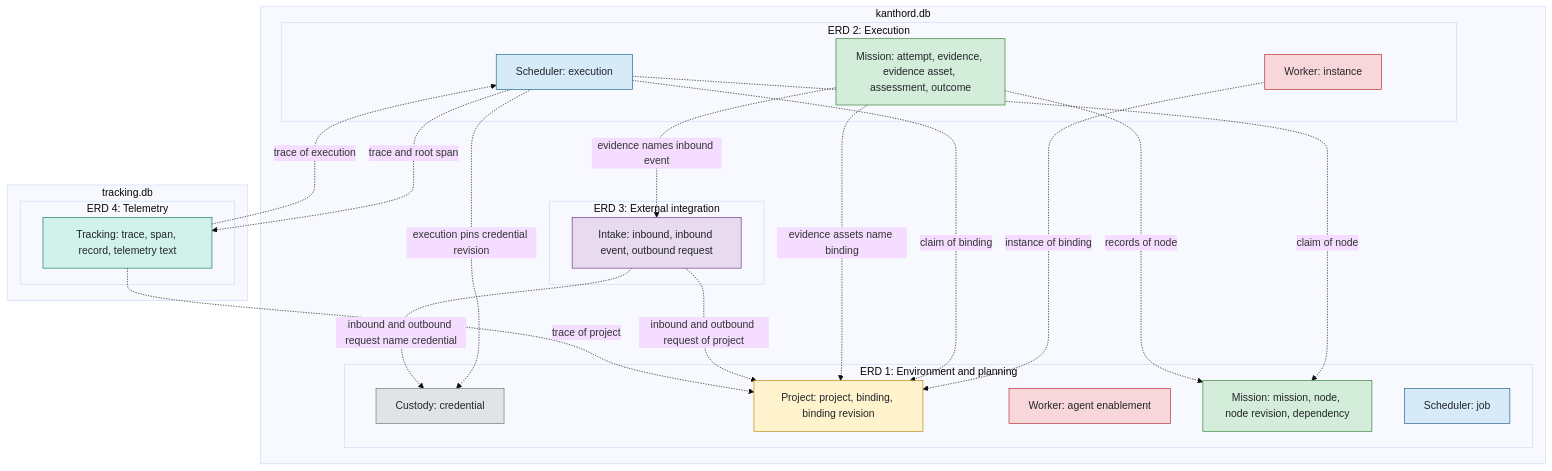
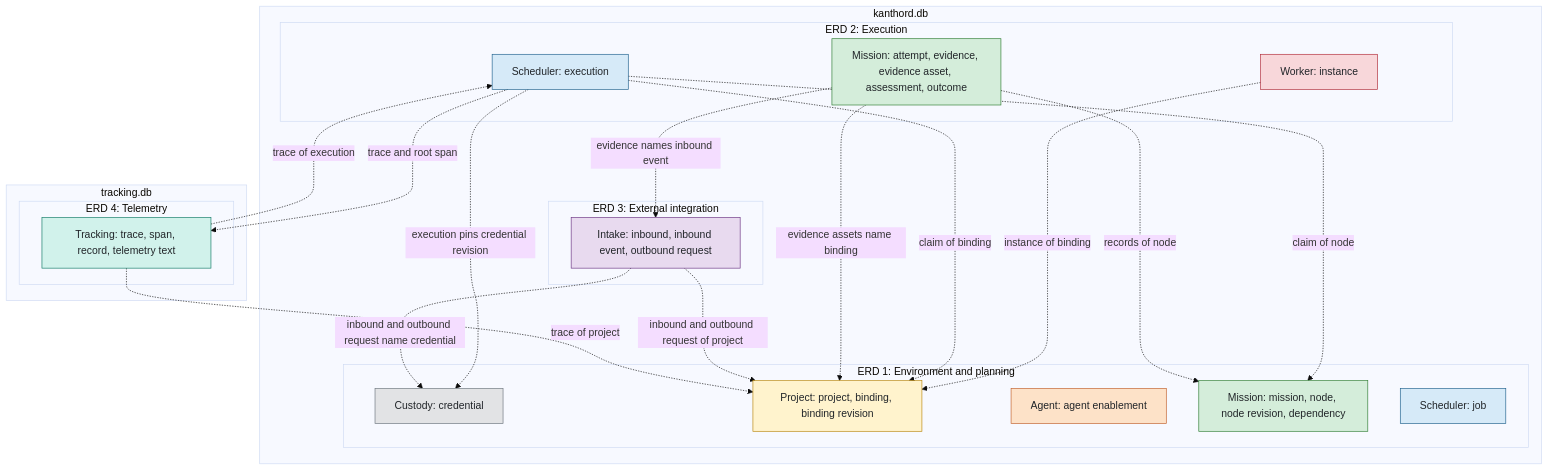
The diagram in docs/reference/erd/README.md (kanthorlabs/kanthord), drawn with Mermaid (base theme) before and after one commit. The commit also changed other lines of this file and 2 other files, not shown here.

Commit message:
docs(erd): move the agent enablement table to the Agent component

````diff
--- a/docs/reference/erd/README.md
+++ b/docs/reference/erd/README.md
@@ -32,56 +32,58 @@
 ```mermaid
 flowchart TB
     subgraph db1["kanthord.db"]
         subgraph v1["ERD 1: Environment and planning"]
             c1["Custody: credential"]
             p1["Project: project, binding, binding revision"]
-            w1["Worker: agent enablement"]
+            a1["Agent: agent enablement"]
             m1["Mission: mission, node, node revision, dependency"]
             s1["Scheduler: job"]
         end
         subgraph v2["ERD 2: Execution"]
             w2["Worker: instance"]
             s2["Scheduler: execution"]
             m2["Mission: attempt, evidence, evidence asset, assessment, outcome"]
         end
         subgraph v3["ERD 3: External integration"]
             i3["Intake: inbound, inbound event, outbound request"]
         end
     end
     subgraph db2["tracking.db"]
         subgraph v4["ERD 4: Telemetry"]
             t4["Tracking: trace, span, record, telemetry text"]
         end
     end
 
     w2 -.->|instance of binding| p1
     s2 -.->|claim of node| m1
     s2 -.->|claim of binding| p1
     s2 -.->|execution pins credential revision| c1
     m2 -.->|records of node| m1
     m2 -.->|evidence assets name binding| p1
 
     i3 -.->|inbound and outbound request of project| p1
     i3 -.->|inbound and outbound request name credential| c1
     m2 -.->|evidence names inbound event| i3
 
     t4 -.->|trace of execution| s2
     s2 -.->|trace and root span| t4
     t4 -.->|trace of project| p1
 
     classDef custody fill:#e2e3e5,stroke:#6c757d,color:#212529
     classDef project fill:#fff3cd,stroke:#b8860b,color:#212529
     classDef worker fill:#f8d7da,stroke:#b02a37,color:#212529
+    classDef agent fill:#fde2c8,stroke:#c0602b,color:#212529
     classDef mission fill:#d4edda,stroke:#2e7d32,color:#212529
     classDef scheduler fill:#d6eaf8,stroke:#1f618d,color:#212529
     classDef intake fill:#e8daef,stroke:#6c3483,color:#212529
     classDef tracking fill:#d1f2eb,stroke:#117a65,color:#212529
 
     class c1 custody
     class p1 project
-    class w1,w2 worker
+    class w2 worker
+    class a1 agent
     class m1,m2 mission
     class s1,s2 scheduler
     class i3 intake
     class t4 tracking
 ```
````
